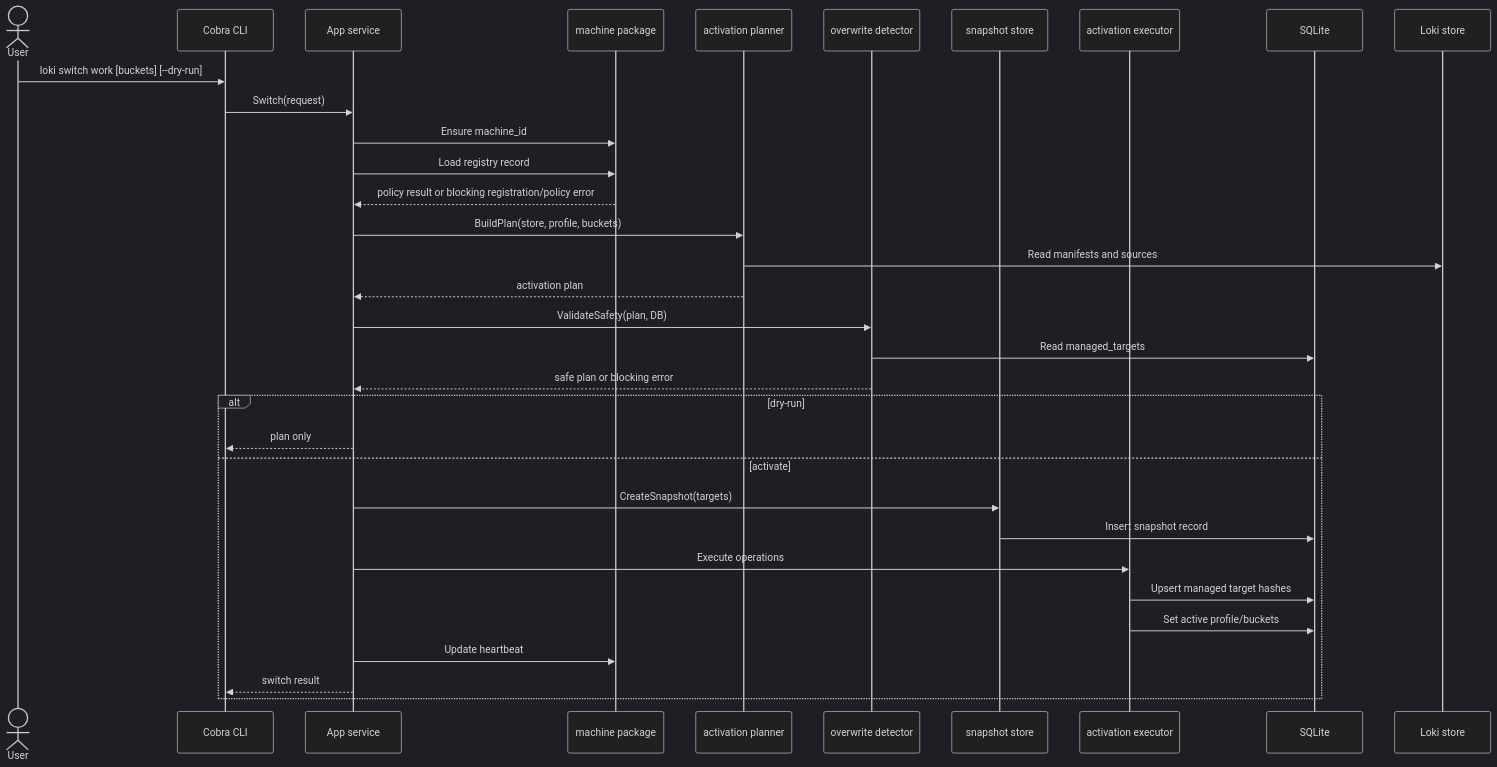
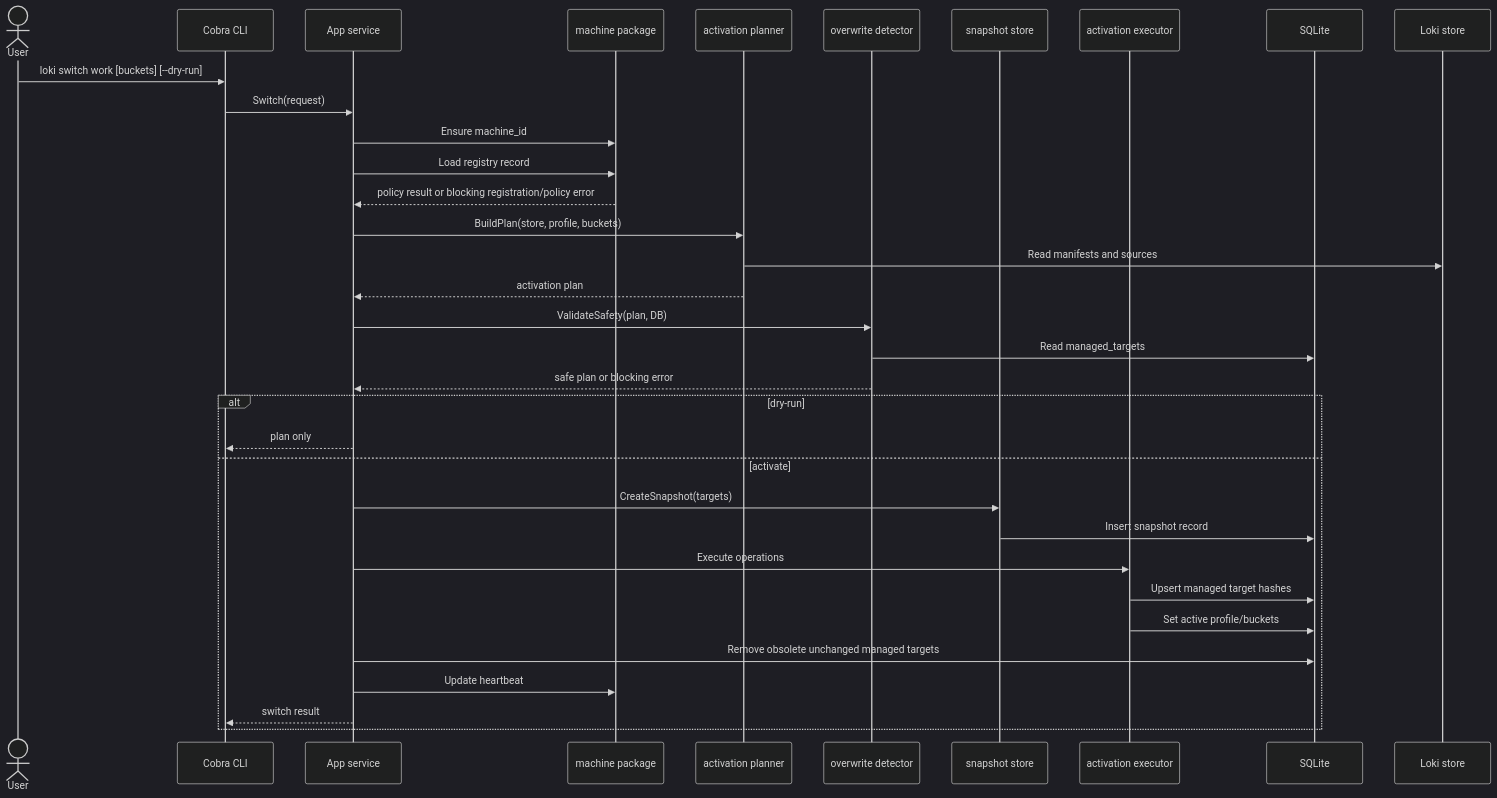
The third of 7 diagrams in docs/ARCHITECTURE.md (asudbring/loki-profile-manager), drawn with Mermaid (dark theme) before and after one commit. The commit also changed other lines of this file and 9 other files, not shown here.

Commit message:
fix(switch): prune obsolete managed targets

````diff
--- a/docs/ARCHITECTURE.md
+++ b/docs/ARCHITECTURE.md
@@ -205,36 +205,37 @@
 ```mermaid
 sequenceDiagram
     actor User
     participant CLI as Cobra CLI
     participant App as App service
     participant Machine as machine package
     participant Planner as activation planner
     participant Safety as overwrite detector
     participant Snapshot as snapshot store
     participant Exec as activation executor
     participant DB as SQLite
     participant Store as Loki store
 
     User->>CLI: loki switch work [buckets] [--dry-run]
     CLI->>App: Switch(request)
     App->>Machine: Ensure machine_id
     App->>Machine: Load registry record
     Machine-->>App: policy result or blocking registration/policy error
     App->>Planner: BuildPlan(store, profile, buckets)
     Planner->>Store: Read manifests and sources
     Planner-->>App: activation plan
     App->>Safety: ValidateSafety(plan, DB)
     Safety->>DB: Read managed_targets
     Safety-->>App: safe plan or blocking error
     alt dry-run
         App-->>CLI: plan only
     else activate
         App->>Snapshot: CreateSnapshot(targets)
         Snapshot->>DB: Insert snapshot record
         App->>Exec: Execute operations
         Exec->>DB: Upsert managed target hashes
         Exec->>DB: Set active profile/buckets
+        App->>DB: Remove obsolete unchanged managed targets
         App->>Machine: Update heartbeat
         App-->>CLI: switch result
     end
 ```
````
